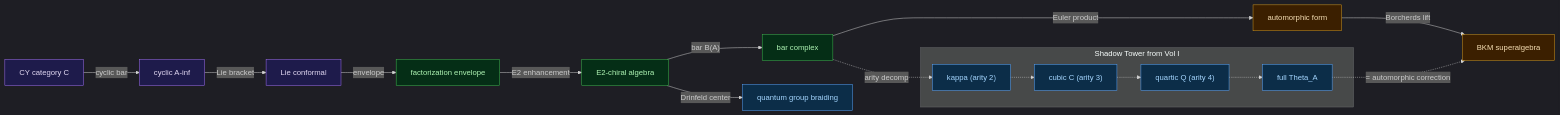
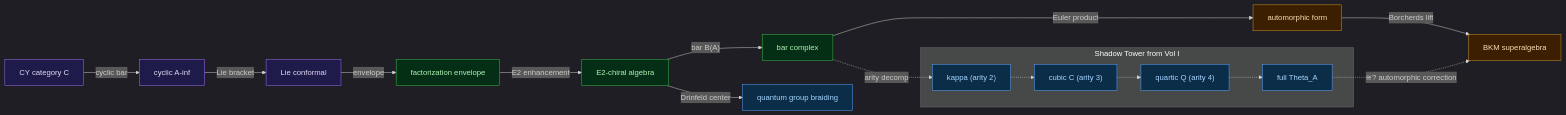
Before and after one commit to raeez/calabi-yau-quantum-groups: the third of 3 diagrams in README.md, drawn with Mermaid. The commit also changed other lines of this file, not shown here.

First line of the commit message:
README: rectify proved/conjectural boundary for BKM identification

````diff
--- a/README.md
+++ b/README.md
@@ -230,47 +231,47 @@
 ```mermaid
 %%{init:{'theme':'dark'}}%%
 graph LR
     CY["CY category C"]
     CA["cyclic A-inf"]
     LC["Lie conformal"]
     FE["factorization envelope"]
     E2["E2-chiral algebra"]
     BC["bar complex"]
     BKM["BKM superalgebra"]
     AF["automorphic form"]
     QG["quantum group braiding"]
 
     CY -->|"cyclic bar"| CA
     CA -->|"Lie bracket"| LC
     LC -->|"envelope"| FE
     FE -->|"E2 enhancement"| E2
     E2 -->|"bar B(A)"| BC
     BC -->|"Euler product"| AF
     AF -->|"Borcherds lift"| BKM
     E2 -->|"Drinfeld center"| QG
 
     subgraph ST["Shadow Tower from Vol I"]
         S1["kappa (arity 2)"]
         S2["cubic C (arity 3)"]
         S3["quartic Q (arity 4)"]
         S4["full Theta_A"]
     end
 
     BC -.->|"arity decomp"| S1
     S1 -.-> S2 -.-> S3 -.-> S4
-    S4 -.->|"= automorphic correction"| BKM
+    S4 -.->|"≅? automorphic correction"| BKM
 
     style CY fill:#1e1b4b,stroke:#a371f7,color:#e2d9f3
     style CA fill:#1e1b4b,stroke:#a371f7,color:#e2d9f3
     style LC fill:#1e1b4b,stroke:#a371f7,color:#e2d9f3
     style FE fill:#052e16,stroke:#3fb950,color:#aff5b4
     style E2 fill:#052e16,stroke:#3fb950,color:#aff5b4
     style BC fill:#052e16,stroke:#3fb950,color:#aff5b4
     style BKM fill:#3b1f00,stroke:#d29922,color:#f5deb3
     style AF fill:#3b1f00,stroke:#d29922,color:#f5deb3
     style QG fill:#0c2d48,stroke:#58a6ff,color:#a5d6ff
     style S1 fill:#0c2d48,stroke:#58a6ff,color:#a5d6ff
     style S2 fill:#0c2d48,stroke:#58a6ff,color:#a5d6ff
     style S3 fill:#0c2d48,stroke:#58a6ff,color:#a5d6ff
     style S4 fill:#0c2d48,stroke:#58a6ff,color:#a5d6ff
 ```
````
